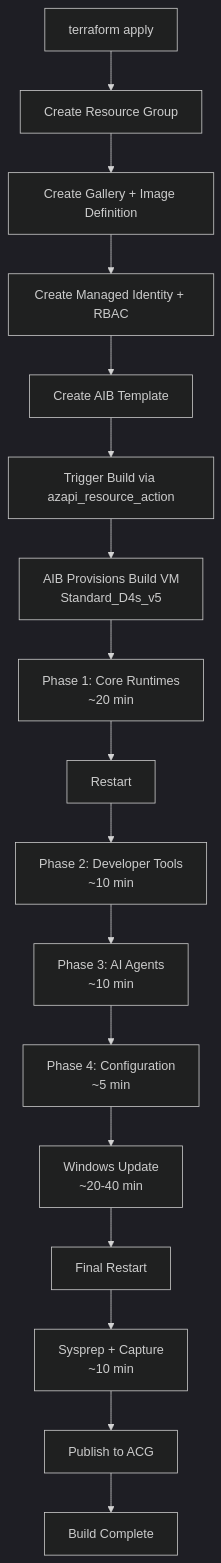
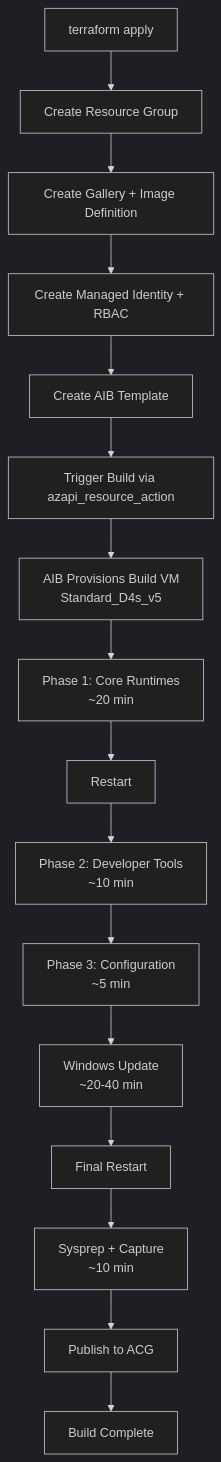
Before and after one commit to kkaminsk/W365ClawBook: the third of 7 diagrams in README.md, drawn with Mermaid (dark theme). The commit also changed other lines of this file, not shown here.

First line of the commit message:
README: move AI agents to post-provisioning model

````diff
--- a/README.md
+++ b/README.md
@@ -1749,19 +1652,18 @@
 ```mermaid
 graph TD
     A[terraform apply] --> B[Create Resource Group]
     B --> C[Create Gallery + Image Definition]
     C --> D[Create Managed Identity + RBAC]
     D --> E[Create AIB Template]
     E --> F[Trigger Build via azapi_resource_action]
     F --> G[AIB Provisions Build VM<br/>Standard_D4s_v5]
     G --> H[Phase 1: Core Runtimes<br/>~20 min]
     H --> I[Restart]
     I --> J[Phase 2: Developer Tools<br/>~10 min]
-    J --> K[Phase 3: AI Agents<br/>~10 min]
-    K --> L[Phase 4: Configuration<br/>~5 min]
+    J --> L[Phase 3: Configuration<br/>~5 min]
     L --> M[Windows Update<br/>~20-40 min]
     M --> N[Final Restart]
     N --> O[Sysprep + Capture<br/>~10 min]
     O --> P[Publish to ACG]
     P --> Q[Build Complete]
 ```
````
